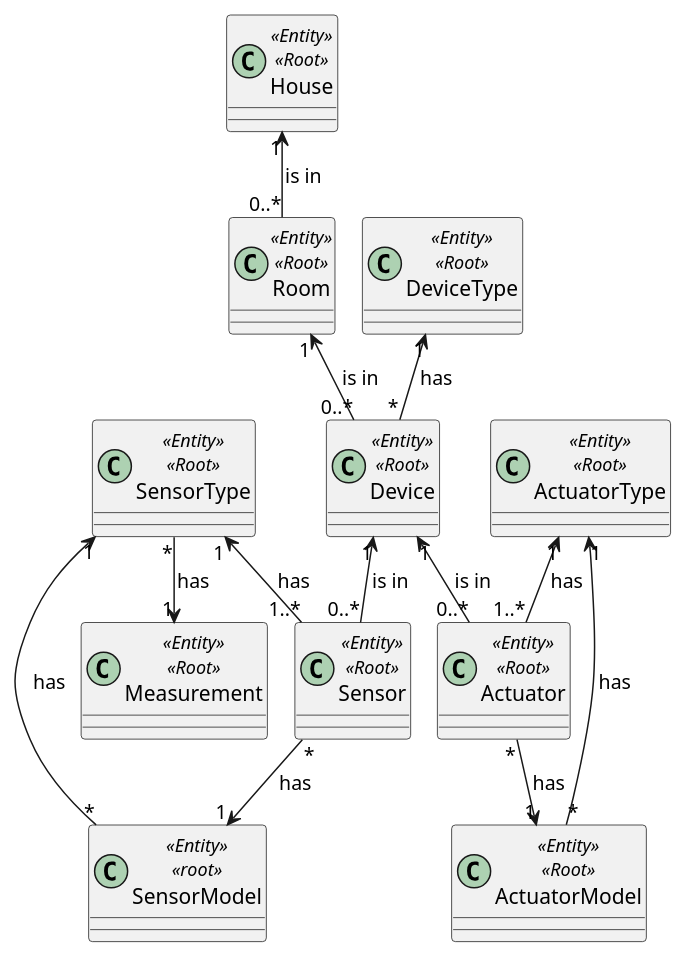
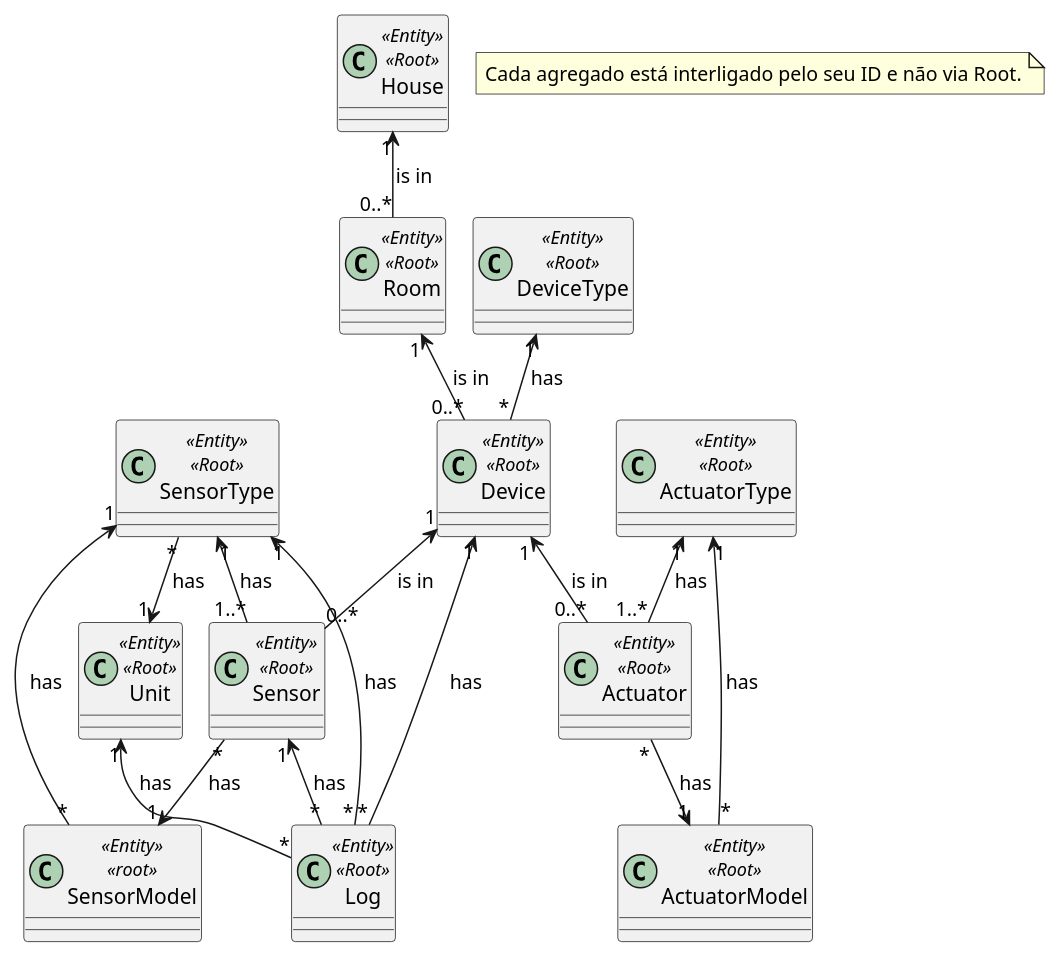
One commit to olivDiogo/SmartHome changed the diagram in docs/ooa/2.domainEntitiesDiagram/domainEntities.puml. Above: the diagram before and after it, drawn with PlantUML. The commit also changed 3 other files, not shown here.

Commit message:
refactor: refactoring domainEntities Diagram

```diff
--- a/docs/ooa/2.domainEntitiesDiagram/domainEntities.puml
+++ b/docs/ooa/2.domainEntitiesDiagram/domainEntities.puml
@@ -1,29 +1,39 @@
 @startuml
 !pragma layout smetana
+
 
 class House<<Entity>><<Root>>{}
 class Room<<Entity>><<Root>>{}
 class Device<<Entity>><<Root>>{}
 class DeviceType<<Entity>><<Root>>{}
 class Sensor<<Entity>><<Root>>{}
 class Actuator<<Entity>><<Root>>{}
 class ActuatorType<<Entity>><<Root>>{}
 class ActuatorModel<<Entity>><<Root>>{}
 class SensorType<<Entity>><<Root>>{}
 class SensorModel<<Entity>><<root>>{}
-class Measurement<<Entity>><<Root>>{}
+class Unit<<Entity>><<Root>>{}
+class Log<<Entity>><<Root>>{}
+
+note "Cada agregado está interligado pelo seu ID e não via Root." as note
+
+
 
 House "1" <-- "0..*" Room : is in >
 Room "1" <-- "0..*" Device : is in >
 DeviceType "1" <-- "*" Device : has >
 Device "1" <-- "0..*" Sensor : is in >
 Device "1" <-- "0..*" Actuator : is in >
 SensorType "1" <-- "1..*" Sensor : has >
-SensorType "*" --> "1" Measurement : has >
+SensorType "*" --> "1" Unit : has >
 Sensor "*" --> "1" SensorModel : has >
 SensorType "1" <-- "*" SensorModel : has >
 ActuatorType "1" <-- "1..*" Actuator : has >
 ActuatorType "1" <-- "*" ActuatorModel : has  >
 Actuator "*" --> "1" ActuatorModel : has >
+Device "1" <-- "*" Log : has >
+Sensor "1" <-- "*" Log : has >
+Unit "1" <-- "*" Log : has >
+SensorType "1" <-- "*" Log : has >
 
 @enduml
```
